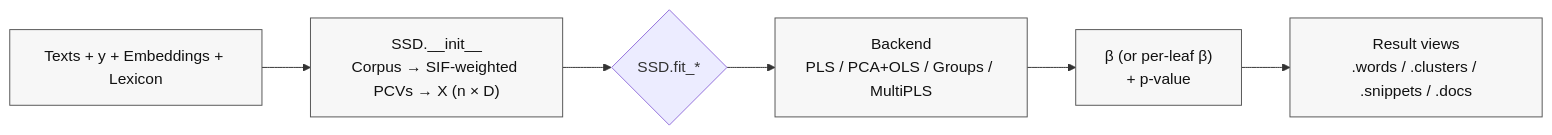
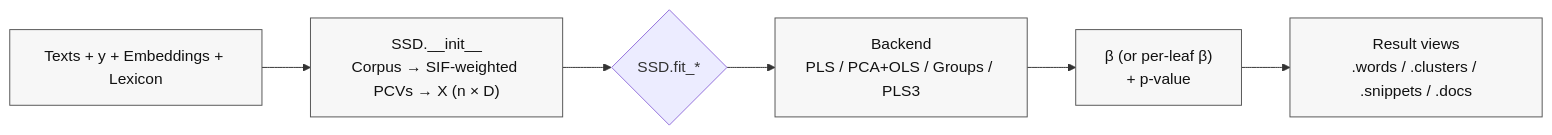
Before and after one commit to hplisiecki/Supervised-Semantic-Differential: the diagram in docs/architecture.md, drawn with Mermaid. The commit also changed other lines of this file and 29 other files, not shown here.

Commit message:
3.1.0: fit_multipls rebuilt on PLS3, sparse PLS in fit_pls

````diff
--- a/docs/architecture.md
+++ b/docs/architecture.md
@@ -367,11 +371,11 @@
 ```mermaid
 flowchart LR
     inputs["Texts + y + Embeddings + Lexicon"] --> pcv["SSD.__init__<br/>Corpus → SIF-weighted PCVs → X (n × D)"]
     pcv --> fit{"SSD.fit_*"}
-    fit --> backend["Backend<br/>PLS / PCA+OLS / Groups / MultiPLS"]
+    fit --> backend["Backend<br/>PLS / PCA+OLS / Groups / PLS3"]
     backend --> beta["β (or per-leaf β)<br/>+ p-value"]
     beta --> interp["Result views<br/>.words / .clusters / .snippets / .docs"]
 
     classDef step fill:#f7f7f7,stroke:#555,stroke-width:1px,color:#111
     class inputs,pcv,backend,beta,interp step
 ```
````
